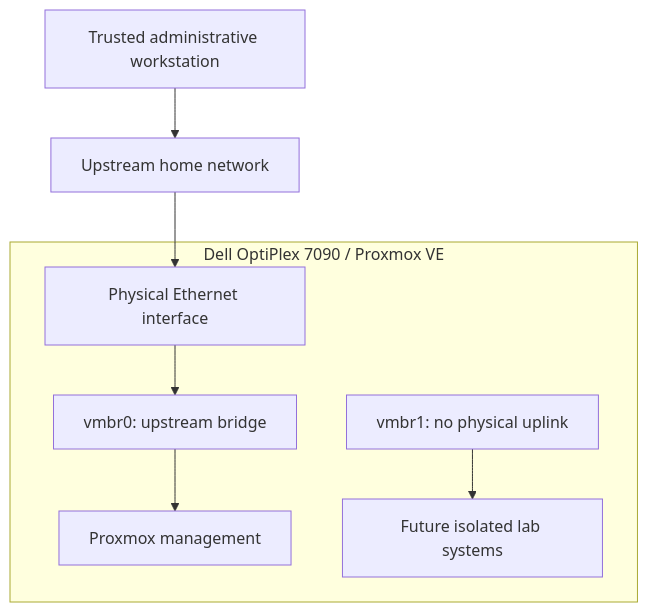
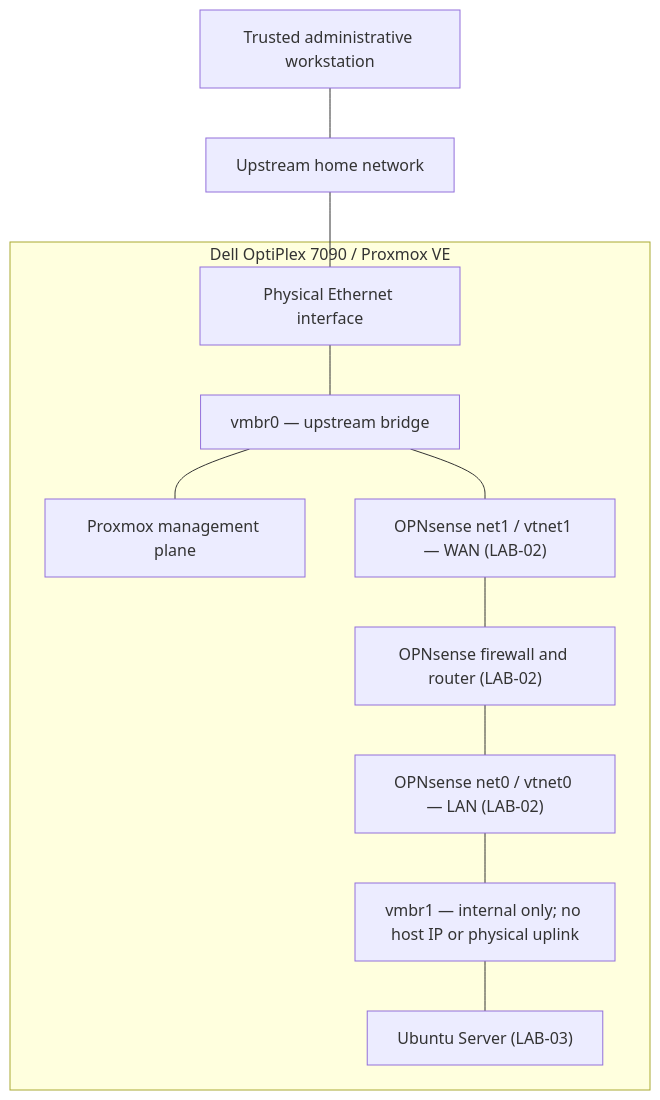
Before and after one commit to dalen-green/proxmox-cybersecurity-homelab: the diagram in projects/01-proxmox-foundation/README.md, drawn with Mermaid. The commit also changed other lines of this file and 3 other files, not shown here.

First line of the commit message:
Align network topology diagrams and interface mappings

````diff
--- a/projects/01-proxmox-foundation/README.md
+++ b/projects/01-proxmox-foundation/README.md
@@ -56,10 +56,14 @@
 ```mermaid
 flowchart TD
-    A["Trusted administrative workstation"] --> R["Upstream home network"]
-    R --> N
+    A["Trusted administrative workstation"] --- R["Upstream home network"]
     subgraph H["Dell OptiPlex 7090 / Proxmox VE"]
-        N["Physical Ethernet interface"] --> B0["vmbr0: upstream bridge"]
-        B0 --> M["Proxmox management"]
-        B1["vmbr1: no physical uplink"] --> L["Future isolated lab systems"]
+        N["Physical Ethernet interface"] --- B0["vmbr0 — upstream bridge"]
+        B0 --- M["Proxmox management plane"]
+        B0 --- W["OPNsense net1 / vtnet1 — WAN (LAB-02)"]
+        W --- F["OPNsense firewall and router (LAB-02)"]
+        F --- L["OPNsense net0 / vtnet0 — LAN (LAB-02)"]
+        L --- B1["vmbr1 — internal only; no host IP or physical uplink"]
+        B1 --- U["Ubuntu Server (LAB-03)"]
     end
+    R --- N
 ```
````
